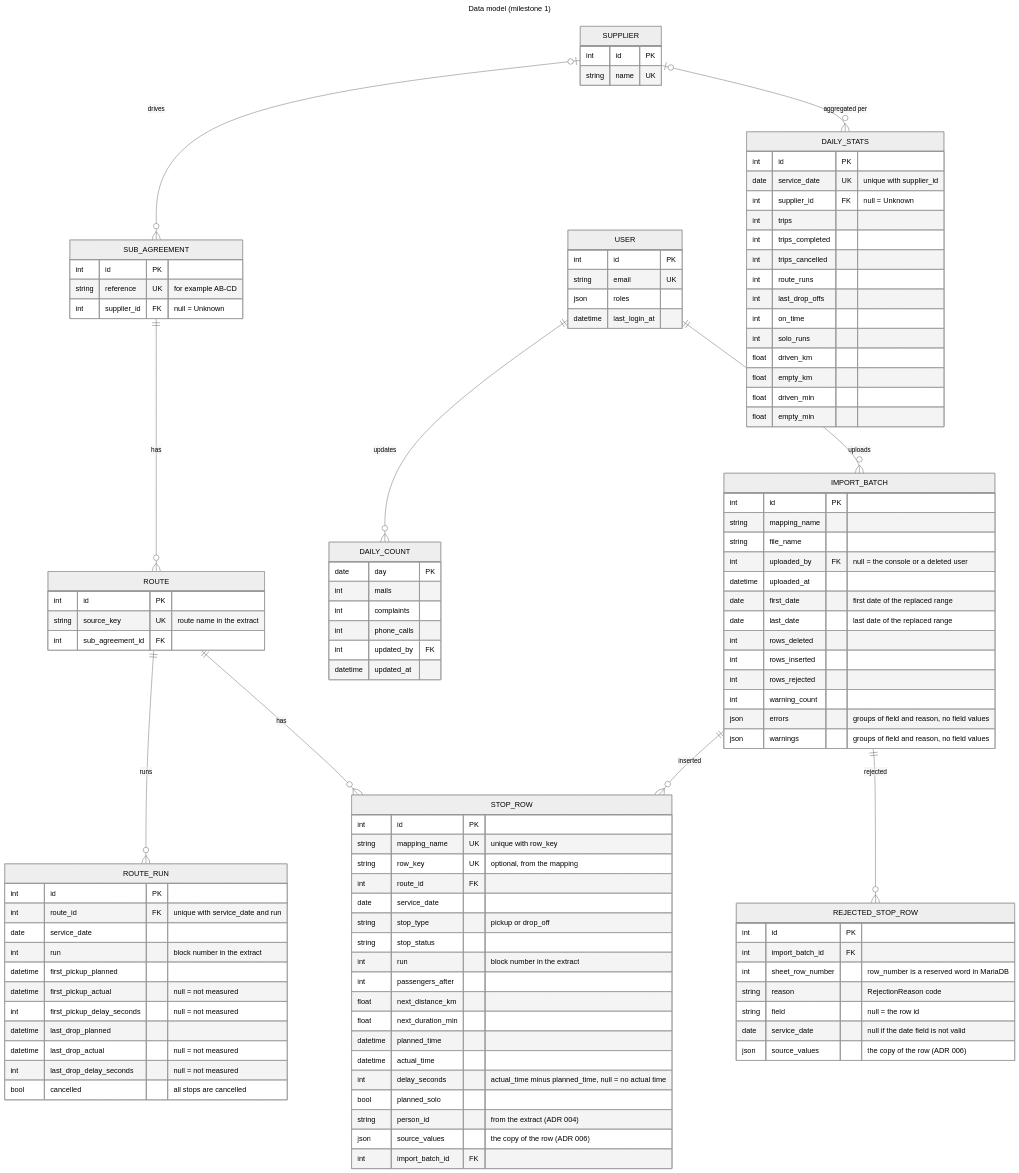
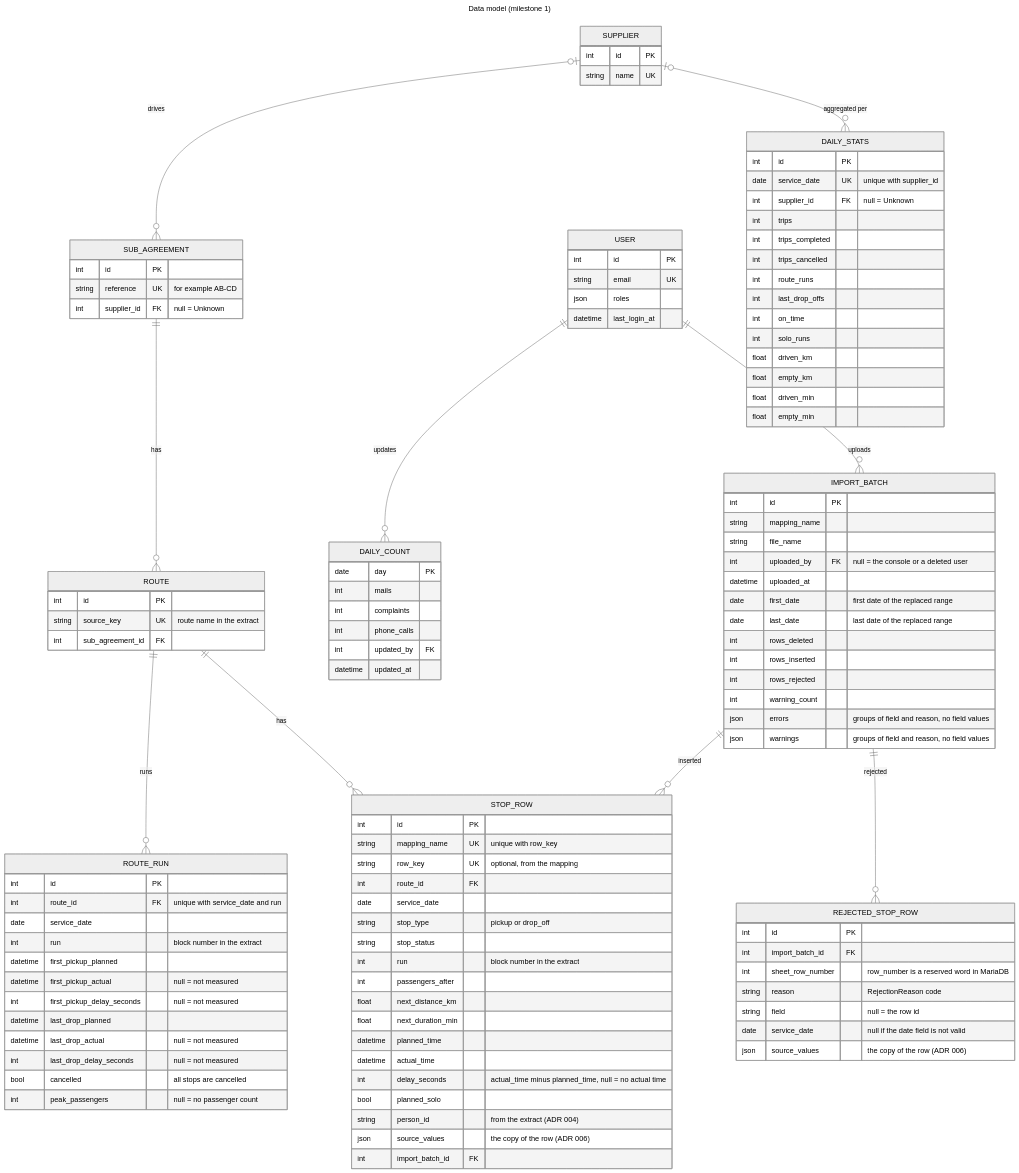
Before and after one commit to itk-dev/koerselsoverblik: the fourth of 7 diagrams in docs/architecture.md, drawn with Mermaid (neutral theme). The commit also changed other lines of this file and 23 other files, not shown here.

```diff
--- a/docs/architecture.md
+++ b/docs/architecture.md
@@ -312,6 +312,7 @@
         datetime last_drop_actual "null = not measured"
         int last_drop_delay_seconds "null = not measured"
         bool cancelled "all stops are cancelled"
+        int peak_passengers "null = no passenger count"
     }
     DAILY_STATS {
         int id PK
```
